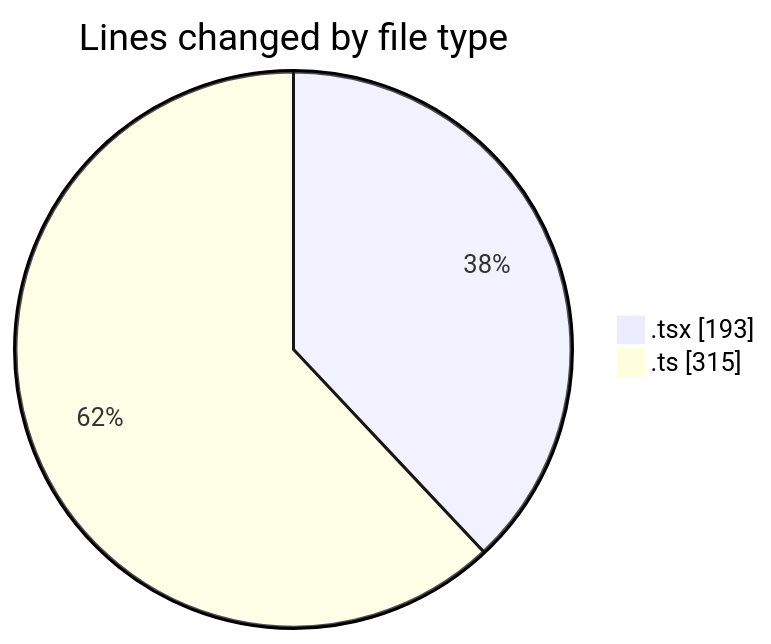
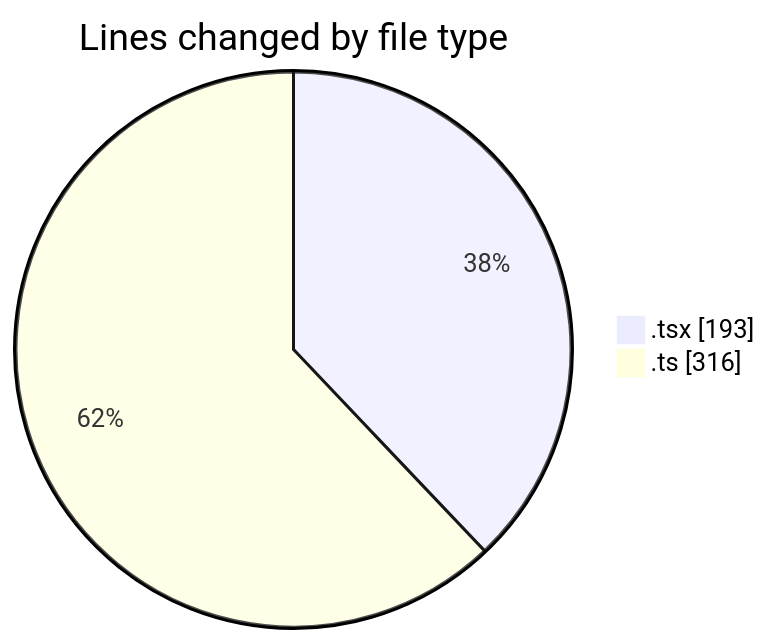
Before and after one commit to julien-gomy/code-tracking: the first of 2 diagrams in 2025-11-22/eventscop-frontend-guide__workspace_/README.md, drawn with Mermaid. The commit also changed other lines of this file and 1 other file, not shown here.

````diff
--- a/2025-11-22/eventscop-frontend-guide__workspace_/README.md
+++ b/2025-11-22/eventscop-frontend-guide__workspace_/README.md
@@ -25,6 +25,6 @@
 ```mermaid
 pie showData
 title Lines changed by file type
 ".tsx" : 193
-".ts" : 315
+".ts" : 316
 ```
````
